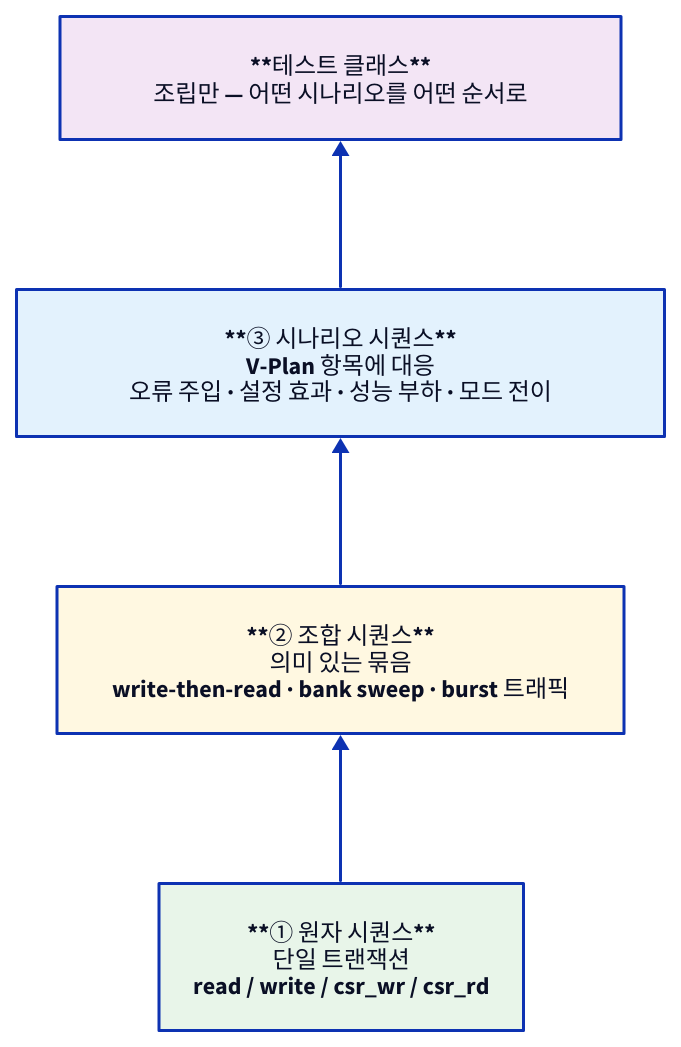
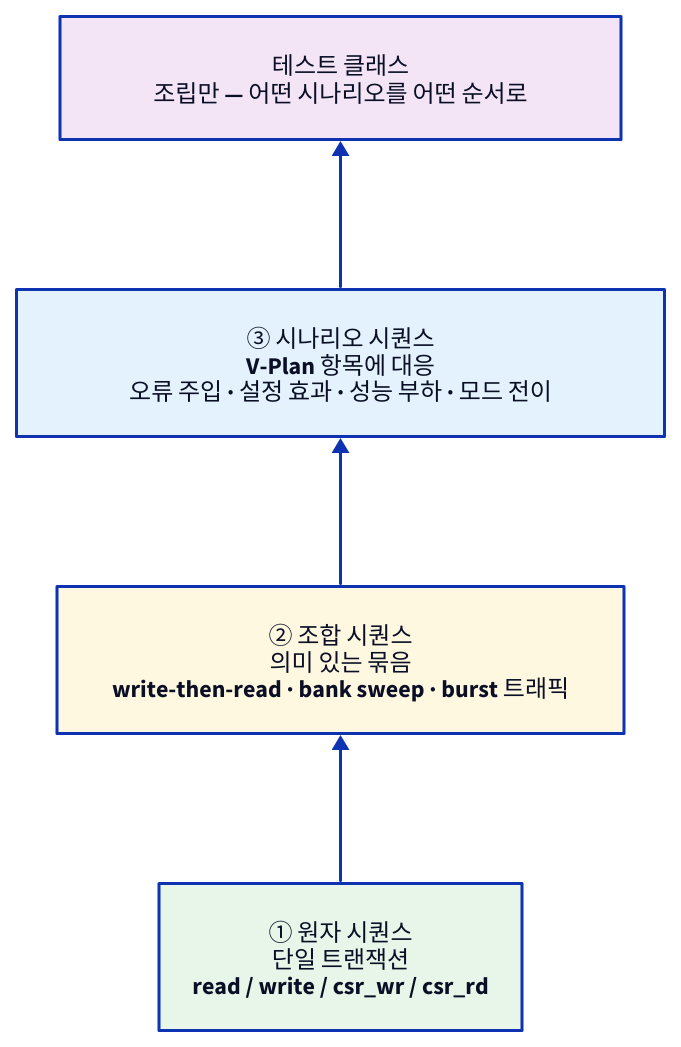
The diagram in starlight_site/src/content/docs/hbm_dv/08_testcase_scenarios.md (humbleowl39/DV_SKOOL), drawn with D2 before and after one commit. The commit also changed 714 other files, not shown here.

First line of the commit message:
fix(site): d2 다이어그램 가독성 결함 6종 일괄 수정

````diff
--- a/starlight_site/src/content/docs/hbm_dv/08_testcase_scenarios.md
+++ b/starlight_site/src/content/docs/hbm_dv/08_testcase_scenarios.md
@@ -65,10 +65,10 @@
 ```d2
 direction: up
 
-A: "**① 원자 시퀀스**\n단일 트랜잭션\nread / write / csr_wr / csr_rd" { style.fill: "#e8f5e9"; style.font-color: "#0A0F25" }
-B: "**② 조합 시퀀스**\n의미 있는 묶음\nwrite-then-read · bank sweep · burst 트래픽" { style.fill: "#fff8e1"; style.font-color: "#0A0F25" }
-C: "**③ 시나리오 시퀀스**\nV-Plan 항목에 대응\n오류 주입 · 설정 효과 · 성능 부하 · 모드 전이" { style.fill: "#e3f2fd"; style.font-color: "#0A0F25" }
-T: "**테스트 클래스**\n조립만 — 어떤 시나리오를 어떤 순서로" { style.fill: "#f3e5f5"; style.font-color: "#0A0F25" }
+A: "① 원자 시퀀스\n단일 트랜잭션\nread / write / csr_wr / csr_rd" { style.fill: "#e8f5e9"; style.font-color: "#0A0F25" }
+B: "② 조합 시퀀스\n의미 있는 묶음\nwrite-then-read · bank sweep · burst 트래픽" { style.fill: "#fff8e1"; style.font-color: "#0A0F25" }
+C: "③ 시나리오 시퀀스\nV-Plan 항목에 대응\n오류 주입 · 설정 효과 · 성능 부하 · 모드 전이" { style.fill: "#e3f2fd"; style.font-color: "#0A0F25" }
+T: "테스트 클래스\n조립만 — 어떤 시나리오를 어떤 순서로" { style.fill: "#f3e5f5"; style.font-color: "#0A0F25" }
 
 A -> B -> C -> T
 ```
````
